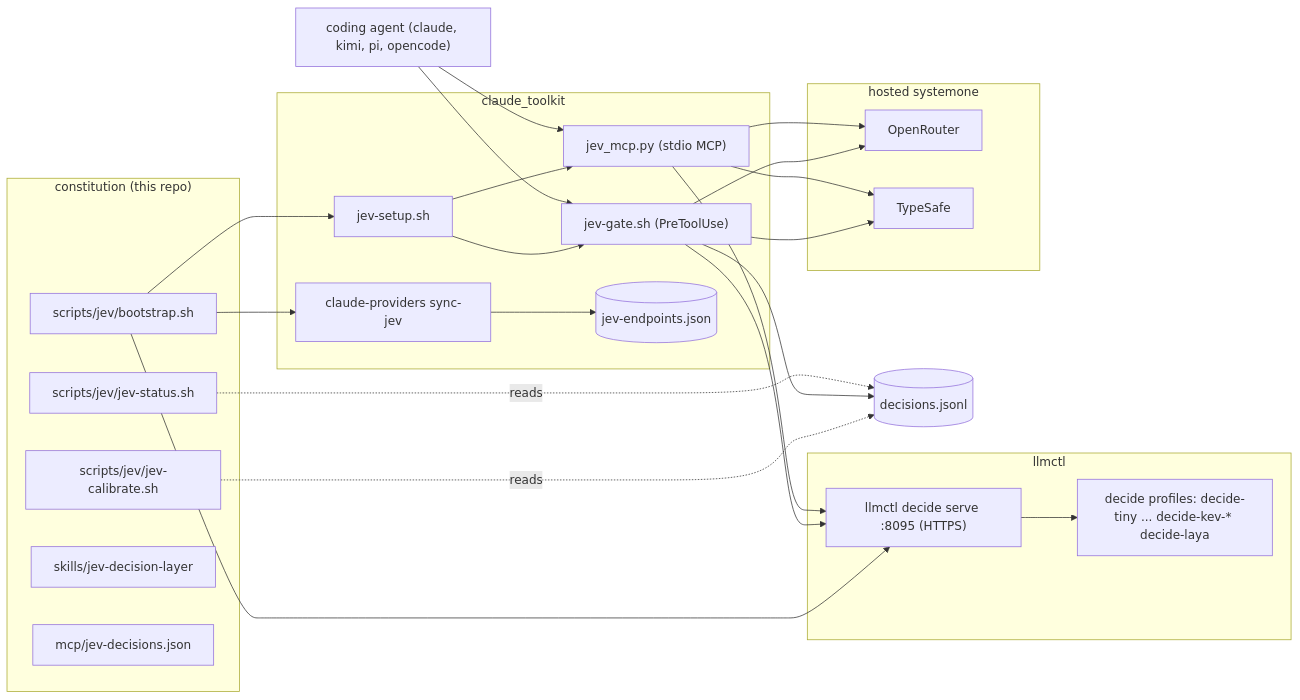
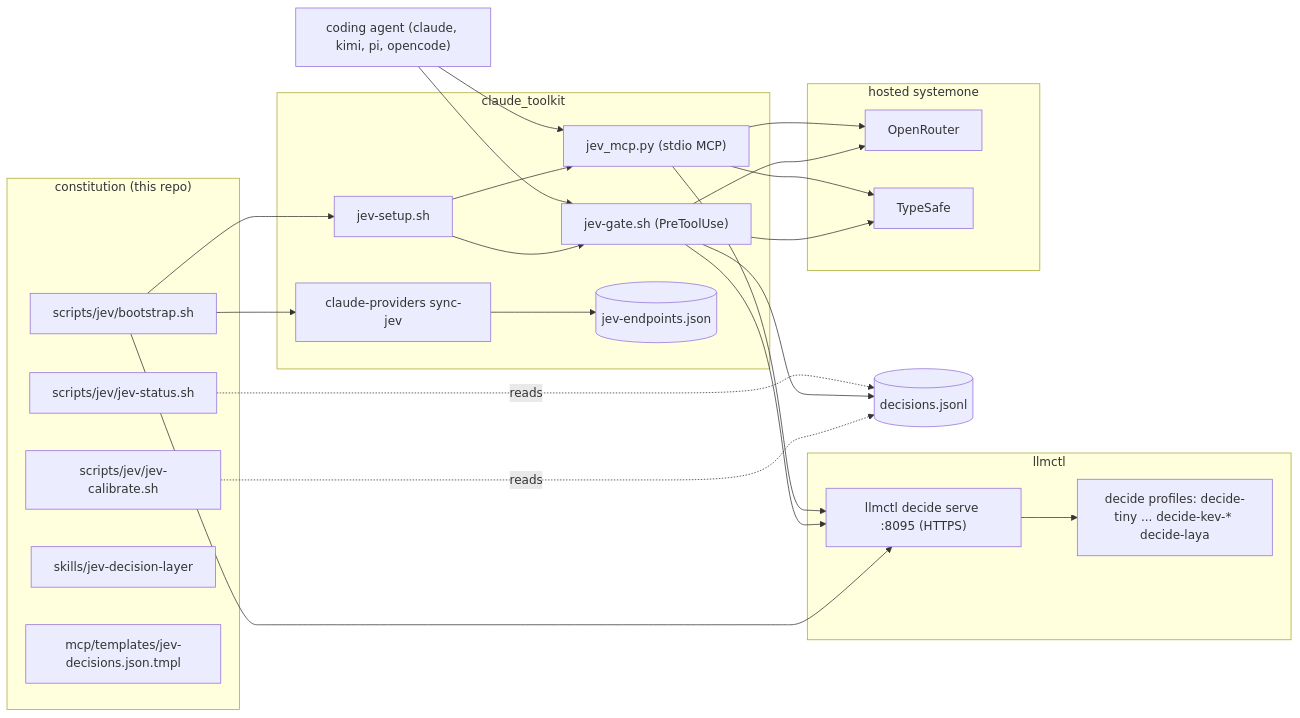
One commit to HelixDevelopment/constitution changed the first of 4 diagrams in docs/jev/diagrams.md. Above: the diagram before and after it, drawn with Mermaid. The commit also changed 9 other files, not shown here.

First line of the commit message:
fix(jev): move MCP declaration to mcp/templates/*.tmpl, render it from register.sh (single source), stop merging it as live config

````diff
--- a/docs/jev/diagrams.md
+++ b/docs/jev/diagrams.md
@@ -31,44 +31,44 @@
 ```mermaid
 flowchart LR
   subgraph CONST["constitution (this repo)"]
     BS["scripts/jev/bootstrap.sh"]
     ST["scripts/jev/jev-status.sh"]
     CAL["scripts/jev/jev-calibrate.sh"]
     SK["skills/jev-decision-layer"]
-    MCPJ["mcp/jev-decisions.json"]
+    MCPJ["mcp/templates/jev-decisions.json.tmpl"]
   end
   subgraph TK["claude_toolkit"]
     SETUP["jev-setup.sh"]
     GATE["jev-gate.sh (PreToolUse)"]
     MCP["jev_mcp.py (stdio MCP)"]
     PROV["claude-providers sync-jev"]
     CACHE[("jev-endpoints.json")]
   end
   subgraph LL["llmctl"]
     GW["llmctl decide serve :8095 (HTTPS)"]
     PROF["decide profiles: decide-tiny ... decide-kev-* decide-laya"]
   end
   subgraph HOSTED["hosted systemone"]
     OR["OpenRouter"]
     TS["TypeSafe"]
   end
   AG["coding agent (claude, kimi, pi, opencode)"]
   BS --> SETUP
   BS --> PROV
   BS --> GW
   PROV --> CACHE
   SETUP --> GATE
   SETUP --> MCP
   AG --> GATE
   AG --> MCP
   GATE --> GW
   GATE --> OR
   GATE --> TS
   MCP --> GW
   MCP --> OR
   MCP --> TS
   GW --> PROF
   CAL -. reads .-> LOG[("decisions.jsonl")]
   GATE --> LOG
   ST -. reads .-> LOG
 ```
````
